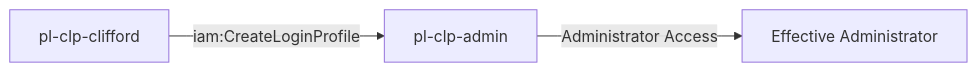
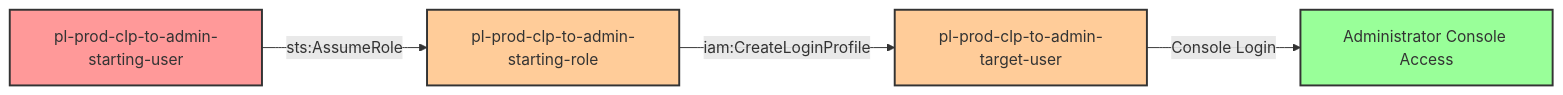
One commit to DataDog/pathfinding-labs changed the diagram in modules/scenarios/single-account/privesc-one-hop/to-admin/iam-createloginprofile/README.md. Above: the diagram before and after it, drawn with Mermaid. The commit also changed other lines of this file and 127 other files, not shown here.

````diff
--- a/modules/scenarios/single-account/privesc-one-hop/to-admin/iam-createloginprofile/README.md
+++ b/modules/scenarios/single-account/privesc-one-hop/to-admin/iam-createloginprofile/README.md
@@ -21,5 +29,11 @@
 ```mermaid
 graph LR
-    A[pl-clp-clifford] -->|iam:CreateLoginProfile| B[pl-clp-admin]
-    B -->|Administrator Access| C[Effective Administrator]
+    A[pl-prod-clp-to-admin-starting-user] -->|sts:AssumeRole| B[pl-prod-clp-to-admin-starting-role]
+    B -->|iam:CreateLoginProfile| C[pl-prod-clp-to-admin-target-user]
+    C -->|Console Login| D[Administrator Console Access]
+
+    style A fill:#ff9999,stroke:#333,stroke-width:2px
+    style B fill:#ffcc99,stroke:#333,stroke-width:2px
+    style C fill:#ffcc99,stroke:#333,stroke-width:2px
+    style D fill:#99ff99,stroke:#333,stroke-width:2px
 ```
````
